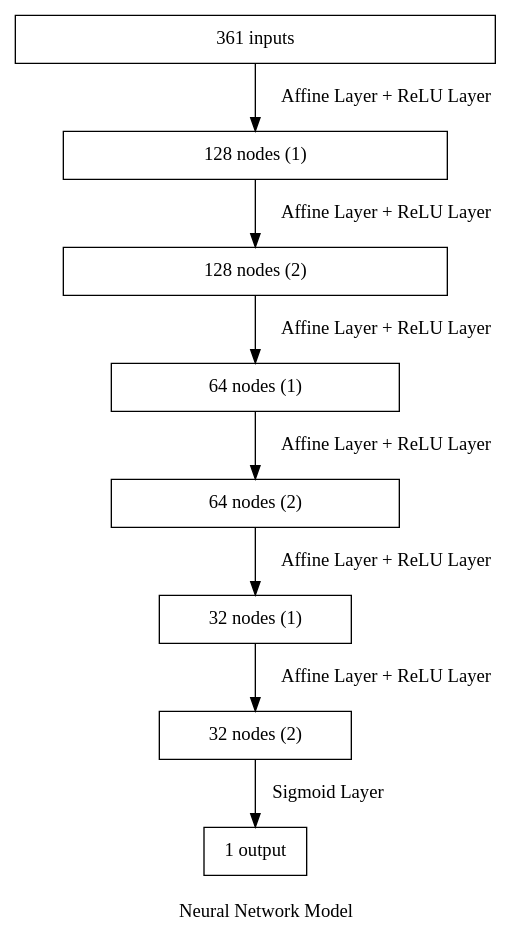
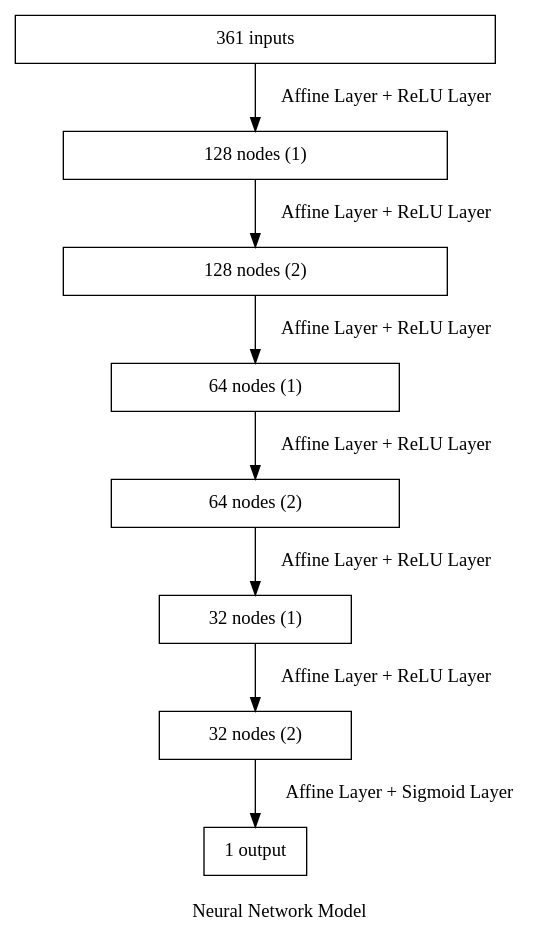
Before and after one commit to kana-lab/gogoshogi: the diagram in neural_network/model.dot, drawn with Graphviz.

Commit message:
minor change

```diff
--- a/neural_network/model.dot
+++ b/neural_network/model.dot
@@ -1,17 +1,17 @@
 digraph {
     rankdir = UD;
     label = "\nNeural Network Model";
     node [shape = box];
 
     "361 inputs" [width = 5];
     "128 nodes (1)" [width = 4];
     "128 nodes (2)" [width = 4];
     "64 nodes (1)" [width = 3];
     "64 nodes (2)" [width = 3];
     "32 nodes (1)" [width = 2];
     "32 nodes (2)" [width = 2];
     "1 output" [width = 1];
 
     "361 inputs" -> "128 nodes (1)" -> "128 nodes (2)" -> "64 nodes (1)" -> "64 nodes (2)" -> "32 nodes (1)" -> "32 nodes (2)" [label = " Affine Layer + ReLU Layer"];
-    "32 nodes (2)" -> "1 output" [label = " Sigmoid Layer"];
+    "32 nodes (2)" -> "1 output" [label = " Affine Layer + Sigmoid Layer"];
 }
```
